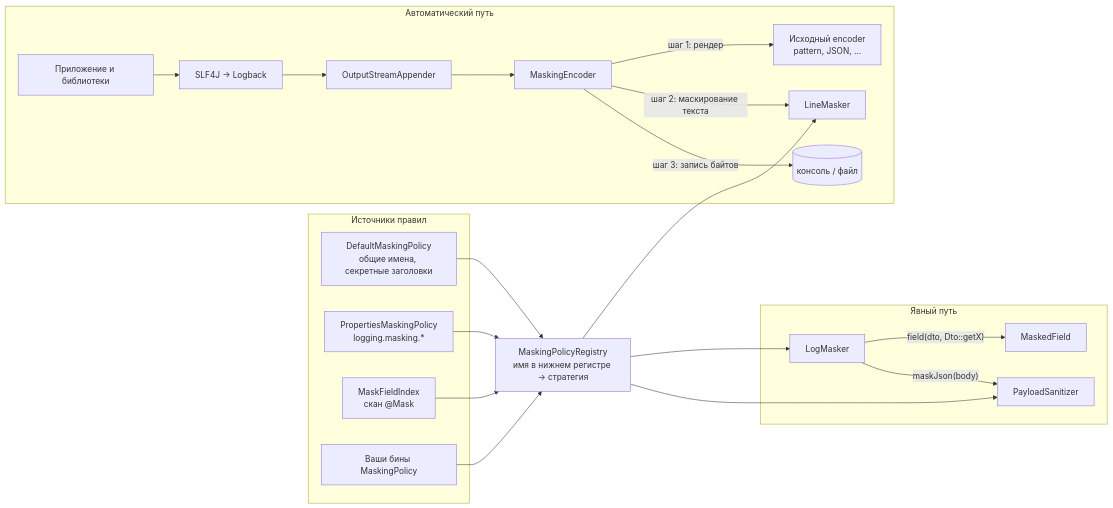
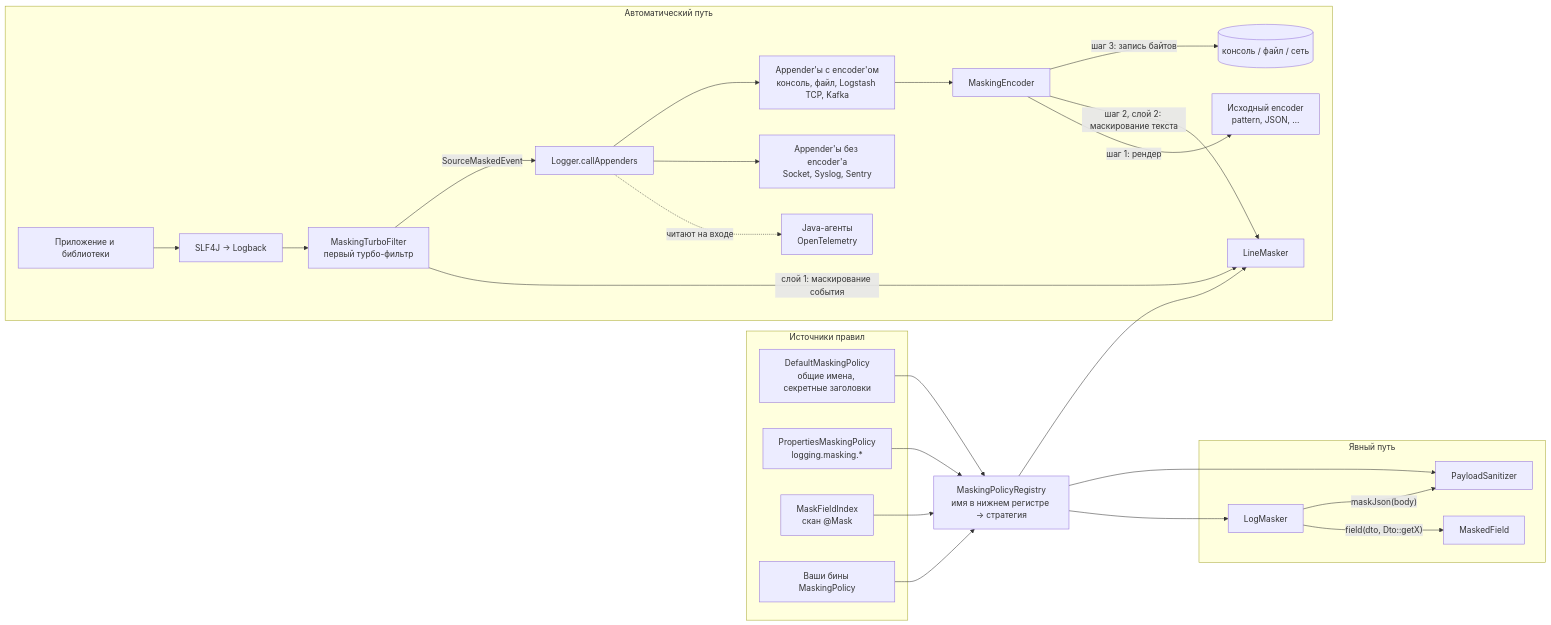
The first of 6 diagrams in docs/architecture.ru.md (laipan009/log-masking-spring-boot-starter), drawn with Mermaid before and after one commit. The commit also changed other lines of this file and 35 other files, not shown here.

First line of the commit message:
Mask log events at the source and keep masking attached (#5)

````diff
--- a/docs/architecture.ru.md
+++ b/docs/architecture.ru.md
@@ -20,33 +24,38 @@
 ```mermaid
 flowchart LR
   subgraph sources["Источники правил"]
     def["DefaultMaskingPolicy<br/>общие имена, секретные заголовки"]
     props["PropertiesMaskingPolicy<br/>logging.masking.*"]
     idx["MaskFieldIndex<br/>скан @Mask"]
     custom["Ваши бины MaskingPolicy"]
   end
 
   reg["MaskingPolicyRegistry<br/>имя в нижнем регистре → стратегия"]
   def --> reg
   props --> reg
   idx --> reg
   custom --> reg
 
   subgraph auto["Автоматический путь"]
     app["Приложение и библиотеки"] --> slf4j["SLF4J → Logback"]
-    slf4j --> appender["OutputStreamAppender"]
+    slf4j --> tf["MaskingTurboFilter<br/>первый турбо-фильтр"]
+    tf -->|"слой 1: маскирование события"| lm["LineMasker"]
+    tf -->|"SourceMaskedEvent"| ca["Logger.callAppenders"]
+    ca -.->|"читают на входе"| agent["Java-агенты<br/>OpenTelemetry"]
+    ca --> noenc["Appender'ы без encoder'а<br/>Socket, Syslog, Sentry"]
+    ca --> appender["Appender'ы с encoder'ом<br/>консоль, файл, Logstash TCP, Kafka"]
     appender --> enc["MaskingEncoder"]
     enc -->|"шаг 1: рендер"| delegate["Исходный encoder<br/>pattern, JSON, …"]
-    enc -->|"шаг 2: маскирование текста"| lm["LineMasker"]
-    enc -->|"шаг 3: запись байтов"| out[("консоль / файл")]
+    enc -->|"шаг 2, слой 2: маскирование текста"| lm
+    enc -->|"шаг 3: запись байтов"| out[("консоль / файл / сеть")]
   end
 
   subgraph explicit["Явный путь"]
     lmk["LogMasker"] -->|"field(dto, Dto::getX)"| mf["MaskedField"]
     lmk -->|"maskJson(body)"| ps["PayloadSanitizer"]
   end
 
   reg --> lm
   reg --> lmk
   reg --> ps
 ```
````
